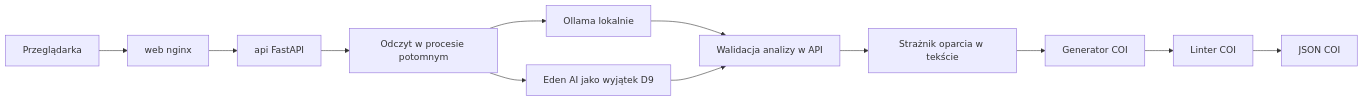
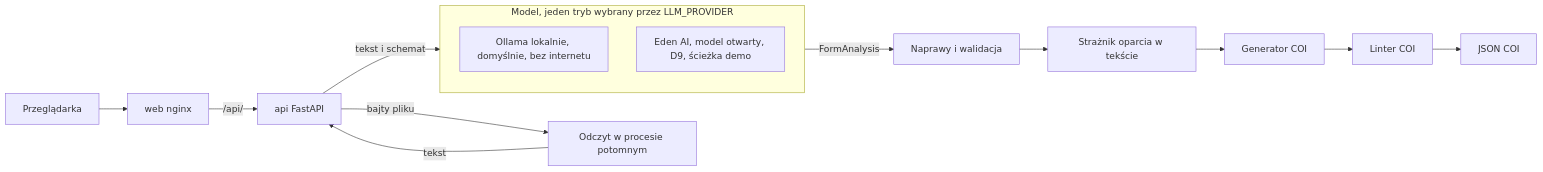
The first of 3 diagrams in docs/ARCHITEKTURA.md (VeIskar/hacknation-2026), drawn with Mermaid before and after one commit. The commit also changed other lines of this file, not shown here.

Commit message:
docs: diagram przeglądu – dwa tryby modelu (Ollama domyślnie, Eden AI na demo), odczyt oddaje tekst do API

````diff
--- a/docs/ARCHITEKTURA.md
+++ b/docs/ARCHITEKTURA.md
@@ -17,14 +17,17 @@
 ```mermaid
 flowchart LR
     Browser["Przeglądarka"] --> Web["web nginx"]
-    Web --> API["api FastAPI"]
-    API --> Read["Odczyt w procesie potomnym"]
-    Read --> Local["Ollama lokalnie"]
-    Read --> Cloud["Eden AI jako wyjątek D9"]
-    Local --> Analysis["Walidacja analizy w API"]
-    Cloud --> Analysis
+    Web -->|"/api/"| API["api FastAPI"]
+    API -->|"bajty pliku"| Read["Odczyt w procesie potomnym"]
+    Read -->|"tekst"| API
+    API -->|"tekst i schemat"| Model
+    subgraph Model["Model, jeden tryb wybrany przez LLM_PROVIDER"]
+        Local["Ollama lokalnie, domyślnie, bez internetu"]
+        Cloud["Eden AI, model otwarty, D9, ścieżka demo"]
+    end
+    Model -->|"FormAnalysis"| Analysis["Naprawy i walidacja"]
     Analysis --> Ground["Strażnik oparcia w tekście"]
     Ground --> Generator["Generator COI"]
     Generator --> Linter["Linter COI"]
     Linter --> Output["JSON COI"]
 ```
````
